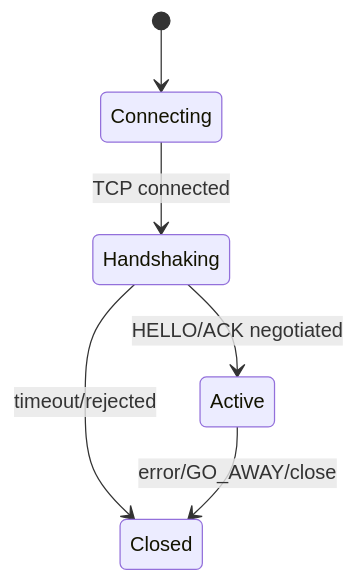
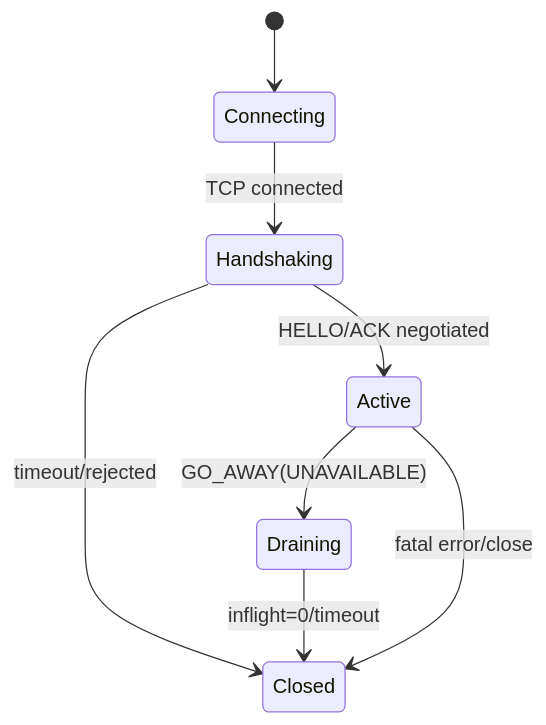
One commit to Ryan-Guizhou/peach-rpc changed the third of 3 diagrams in docs/architecture.md. Above: the diagram before and after it, drawn with Mermaid. The commit also changed other lines of this file and 3 other files, not shown here.

Commit message:
docs: synchronize V2-B and V2-B.1 architecture roadmap

````diff
--- a/docs/architecture.md
+++ b/docs/architecture.md
@@ -97,8 +97,10 @@
 ```mermaid
 stateDiagram-v2
     [*] --> Connecting
     Connecting --> Handshaking: TCP connected
     Handshaking --> Active: HELLO/ACK negotiated
     Handshaking --> Closed: timeout/rejected
-    Active --> Closed: error/GO_AWAY/close
+    Active --> Draining: GO_AWAY(UNAVAILABLE)
+    Draining --> Closed: inflight=0/timeout
+    Active --> Closed: fatal error/close
 ```
````
